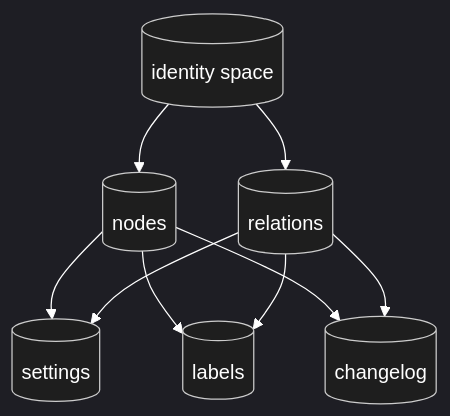
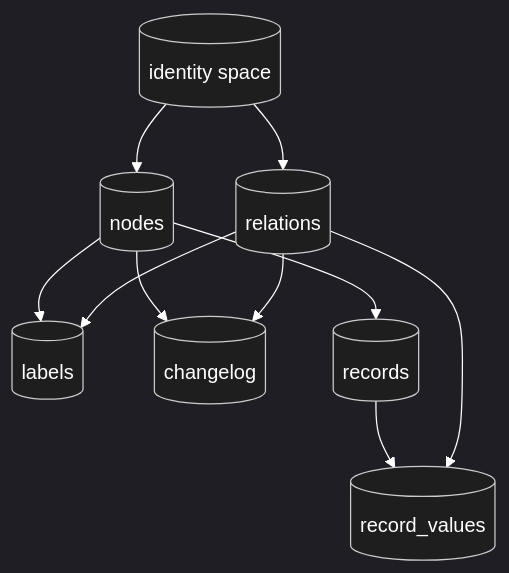
Before and after one commit to sfambach/wp-taxonomy-modeler: the seventh of 19 diagrams in docs/NewConcept/50-wordpress-persistence.md, drawn with Mermaid. The commit also changed other lines of this file and 18 other files, not shown here.

````diff
--- a/docs/NewConcept/50-wordpress-persistence.md
+++ b/docs/NewConcept/50-wordpress-persistence.md
@@ -416,22 +416,23 @@
 ```mermaid
 ---
 config:
   theme: dark
   themeVariables:
     mainBkg: "#1e1e1e"
     background: "#1e1e1e"
     primaryColor: "#1e1e1e"
     classText: "#ffffff"
     textColor: "#ffffff"
     lineColor: "#ffffff"
 ---
 flowchart TD
     ID[(identity space)] --> N[(nodes)]
     ID --> R[(relations)]
-    N --> S[(settings)]
-    R --> S
     N --> L[(labels)]
     R --> L
     N --> C[(changelog)]
     R --> C
+    N --> RC[(records)]
+    RC --> RV[(record_values)]
+    R --> RV
 ```
````
